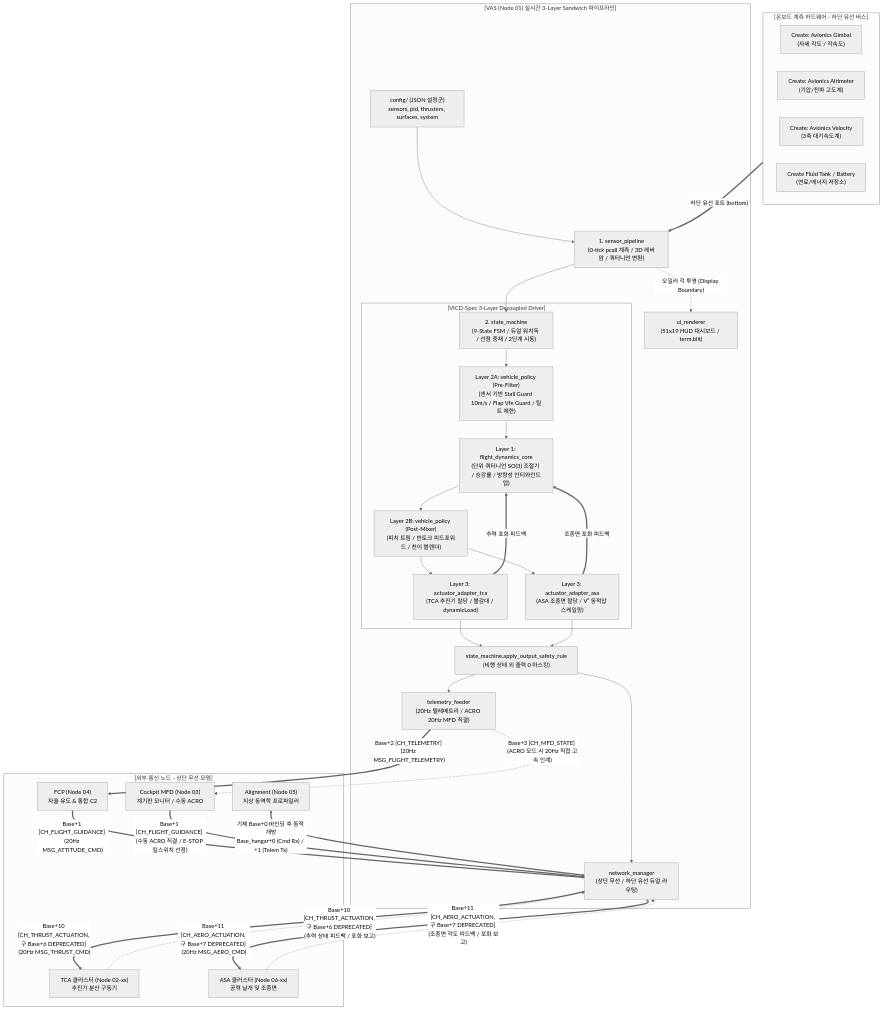
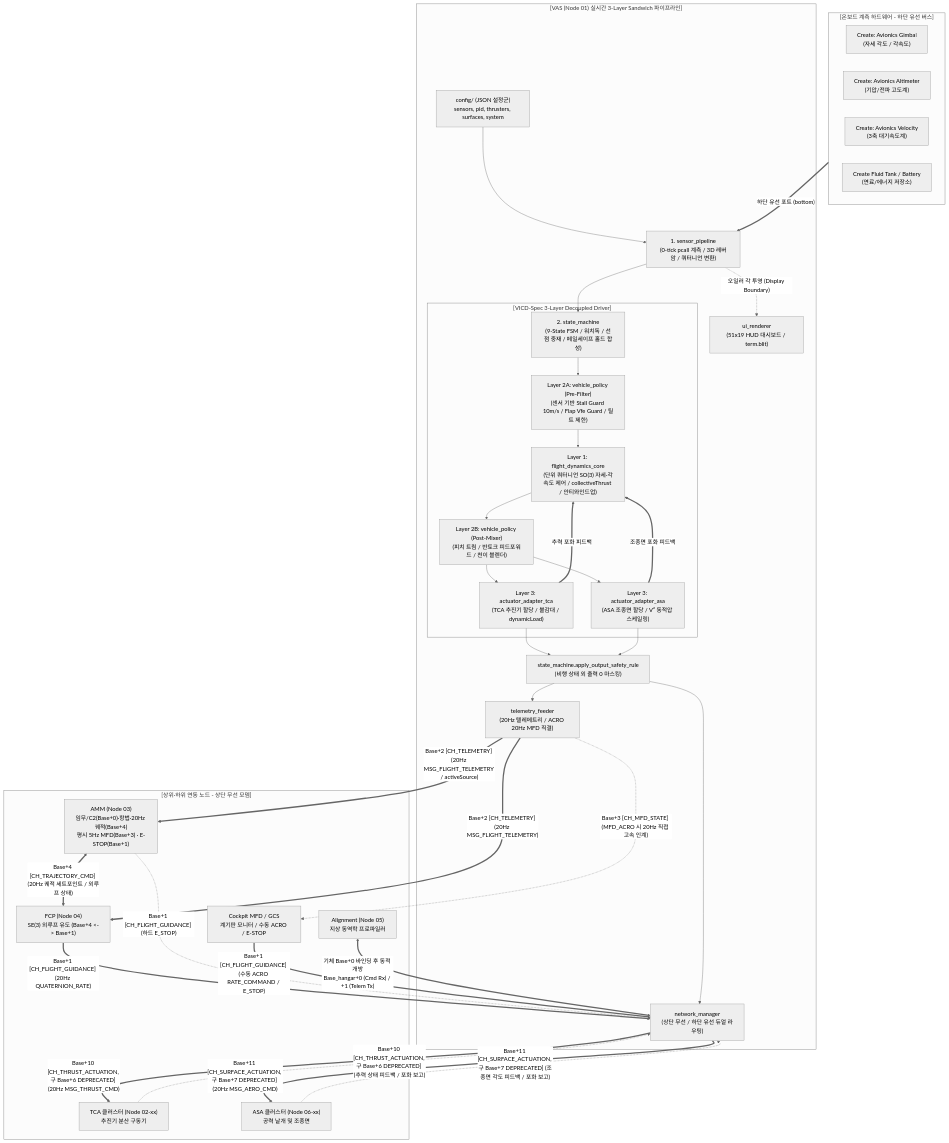
Before and after one commit to Polimachi/Aeroneutics_Autopilot: the first of 4 diagrams in docs/specs/1_control/vas/VAS_PROGRAM_SPECIFICATION.md, drawn with Mermaid (neutral theme). The commit also changed other lines of this file and 18 other files, not shown here.

Commit message:
docs(specs): shrink FCP to SE(3) outer-loop and migrate gateway/nav/mission ownership to AMM (TASK-206)

````diff
--- a/docs/specs/1_control/vas/VAS_PROGRAM_SPECIFICATION.md
+++ b/docs/specs/1_control/vas/VAS_PROGRAM_SPECIFICATION.md
@@ -63,49 +65,53 @@
 ```mermaid
 flowchart TD
     subgraph SENSORS["[온보드 계측 하드웨어 - 하단 유선 버스]"]
         GIMBAL["Create: Avionics Gimbal<br/>(자세 각도 / 각속도)"]
         ALT["Create: Avionics Altimeter<br/>(기압/전파 고도계)"]
         VEL["Create: Avionics Velocity<br/>(3축 대기속도계)"]
         FUEL["Create Fluid Tank / Battery<br/>(연료/에너지 저장소)"]
     end
 
     subgraph VAS["[VAS (Node 01) 실시간 3-Layer Sandwich 파이프라인]"]
         CONF["config/ (JSON 설정군)<br/>sensors, pid, thrusters, surfaces, system"] --> SENS_PIPE["1. sensor_pipeline<br/>(0-tick pcall 계측 / 3D 레버암 / 쿼터니언 변환)"]
-        SENS_PIPE --> FSM["2. state_machine<br/>(9-State FSM / 듀얼 워치독 / 선점 중재 / 2단계 시동)"]
+        SENS_PIPE --> FSM["2. state_machine<br/>(9-State FSM / 워치독 / 선점 중재 / 페일세이프 홀드 합성)"]
         
         subgraph DRIVER_SANDWICH["[VICD-Spec 3-Layer Decoupled Driver]"]
             FSM --> L2A["Layer 2A: vehicle_policy (Pre-Filter)<br/>(센서 기반 Stall Guard 10m/s / Flap Vfe Guard / 틸트 제한)"]
-            L2A --> L1["Layer 1: flight_dynamics_core<br/>(단위 쿼터니언 SO(3) 조절기 / 승강률 / 방향성 안티와인드업)"]
+            L2A --> L1["Layer 1: flight_dynamics_core<br/>(단위 쿼터니언 SO(3) 자세·각속도 제어 / collectiveThrust / 안티와인드업)"]
             L1 --> L2B["Layer 2B: vehicle_policy (Post-Mixer)<br/>(피치 트림 / 반토크 피드포워드 / 천이 블렌더)"]
-            L2B --> L3_TAP["Layer 3: actuator_adapter_tca<br/>(TCA 추진기 할당 / 불감대 / dynamicLoad)"]
+            L2B --> L3_TCA["Layer 3: actuator_adapter_tca<br/>(TCA 추진기 할당 / 불감대 / dynamicLoad)"]
             L2B --> L3_ASA["Layer 3: actuator_adapter_asa<br/>(ASA 조종면 할당 / V² 동적압 스케일링)"]
-            L3_TAP ==>|"추력 포화 피드백"| L1
+            L3_TCA ==>|"추력 포화 피드백"| L1
             L3_ASA ==>|"조종면 포화 피드백"| L1
         end
 
-        L3_TAP --> SAFETY["state_machine.apply_output_safety_rule<br/>(비행 상태 외 출력 0 마스킹)"]
+        L3_TCA --> SAFETY["state_machine.apply_output_safety_rule<br/>(비행 상태 외 출력 0 마스킹)"]
         L3_ASA --> SAFETY
         SAFETY --> COMMS["network_manager<br/>(상단 무선 / 하단 유선 듀얼 라우팅)"]
         SAFETY --> TELEM["telemetry_feeder<br/>(20Hz 텔레메트리 / ACRO 20Hz MFD 직결)"]
         SENS_PIPE -.->|"오일러 각 투영 (Display Boundary)"| UI["ui_renderer<br/>(51x19 HUD 대시보드 / term.blit)"]
     end
 
-    subgraph INTERFACE_EXTERNAL["[외부 통신 노드 - 상단 무선 모뎀]"]
-        FCP["FCP (Node 04)<br/>자율 유도 & 통합 C2"]
+    subgraph INTERFACE_EXTERNAL["[상위·하위 연동 노드 - 상단 무선 모뎀]"]
+        AMM["AMM (Node 03)<br/>임무/C2(Base+0)·항법·20Hz 궤적(Base+4)<br/>평시 5Hz MFD(Base+3) · E-STOP(Base+1)"]
+        FCP["FCP (Node 04)<br/>SE(3) 외루프 유도 (Base+4 <-> Base+1)"]
         TCA["TCA 클러스터 (Node 02-xx)<br/>추진기 분산 구동기"]
         ASA["ASA 클러스터 (Node 06-xx)<br/>공력 날개 및 조종면"]
-        MFD["Cockpit MFD (Node 03)<br/>계기판 모니터 / 수동 ACRO"]
+        MFD["Cockpit MFD / GCS<br/>계기판 모니터 / 수동 ACRO / E-STOP"]
         ALIGN["Alignment (Node 05)<br/>지상 동역학 프로파일러"]
     end
 
     SENSORS ==>|"하단 유선 포트 (bottom)"| SENS_PIPE
-    FCP ==>|"Base+1 [CH_FLIGHT_GUIDANCE] (20Hz MSG_ATTITUDE_CMD)"| COMMS
-    MFD ==>|"Base+1 [CH_FLIGHT_GUIDANCE] (수동 ACRO 직결 / E-STOP 킬스위치 선점)"| COMMS
+    AMM <==>|"Base+4 [CH_TRAJECTORY_CMD] (20Hz 궤적 세트포인트 / 외루프 상태)"| FCP
+    FCP ==>|"Base+1 [CH_FLIGHT_GUIDANCE] (20Hz QUATERNION_RATE)"| COMMS
+    AMM -.->|"Base+1 [CH_FLIGHT_GUIDANCE] (하드 E_STOP)"| COMMS
+    MFD ==>|"Base+1 [CH_FLIGHT_GUIDANCE] (수동 ACRO RATE_COMMAND / E_STOP)"| COMMS
     COMMS ==>|"Base+10 [CH_THRUST_ACTUATION, 구 Base+6 DEPRECATED] (20Hz MSG_THRUST_CMD)"| TCA
     TCA -.->|"Base+10 [CH_THRUST_ACTUATION, 구 Base+6 DEPRECATED] (추력 상태 피드백 / 포화 보고)"| COMMS
-    COMMS ==>|"Base+11 [CH_AERO_ACTUATION, 구 Base+7 DEPRECATED] (20Hz MSG_AERO_CMD)"| ASA
-    ASA -.->|"Base+11 [CH_AERO_ACTUATION, 구 Base+7 DEPRECATED] (조종면 각도 피드백 / 포화 보고)"| COMMS
+    COMMS ==>|"Base+11 [CH_SURFACE_ACTUATION, 구 Base+7 DEPRECATED] (20Hz MSG_AERO_CMD)"| ASA
+    ASA -.->|"Base+11 [CH_SURFACE_ACTUATION, 구 Base+7 DEPRECATED] (조종면 각도 피드백 / 포화 보고)"| COMMS
     TELEM ==>|"Base+2 [CH_TELEMETRY] (20Hz MSG_FLIGHT_TELEMETRY)"| FCP
-    TELEM -.->|"Base+3 [CH_MFD_STATE] (ACRO 모드 시 20Hz 직접 고속 인계)"| MFD
+    TELEM ==>|"Base+2 [CH_TELEMETRY] (20Hz MSG_FLIGHT_TELEMETRY / activeSource)"| AMM
+    TELEM -.->|"Base+3 [CH_MFD_STATE] (MFD_ACRO 시 20Hz 직접 고속 인계)"| MFD
     ALIGN <==>|"기체 Base+0 바인딩 후 동적 개방<br/>Base_hangar+0 (Cmd Rx) / +1 (Telem Tx)"| COMMS
 ```
````
